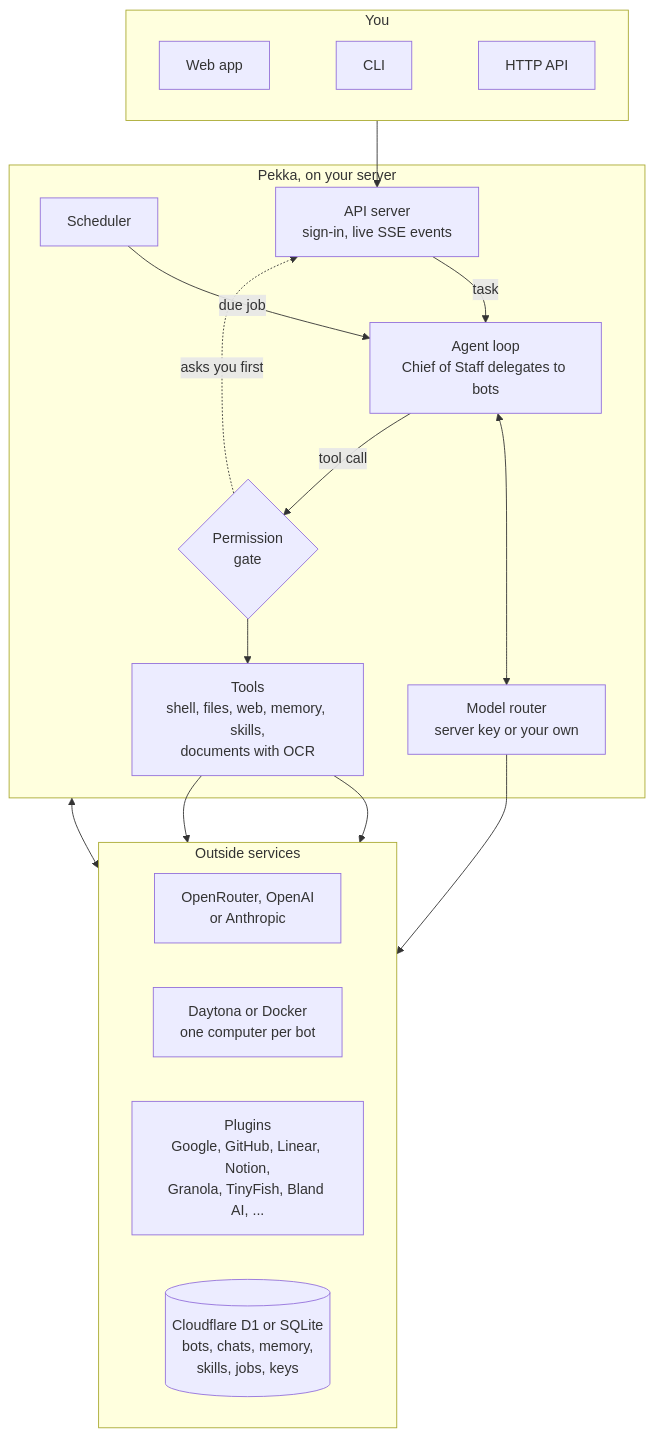
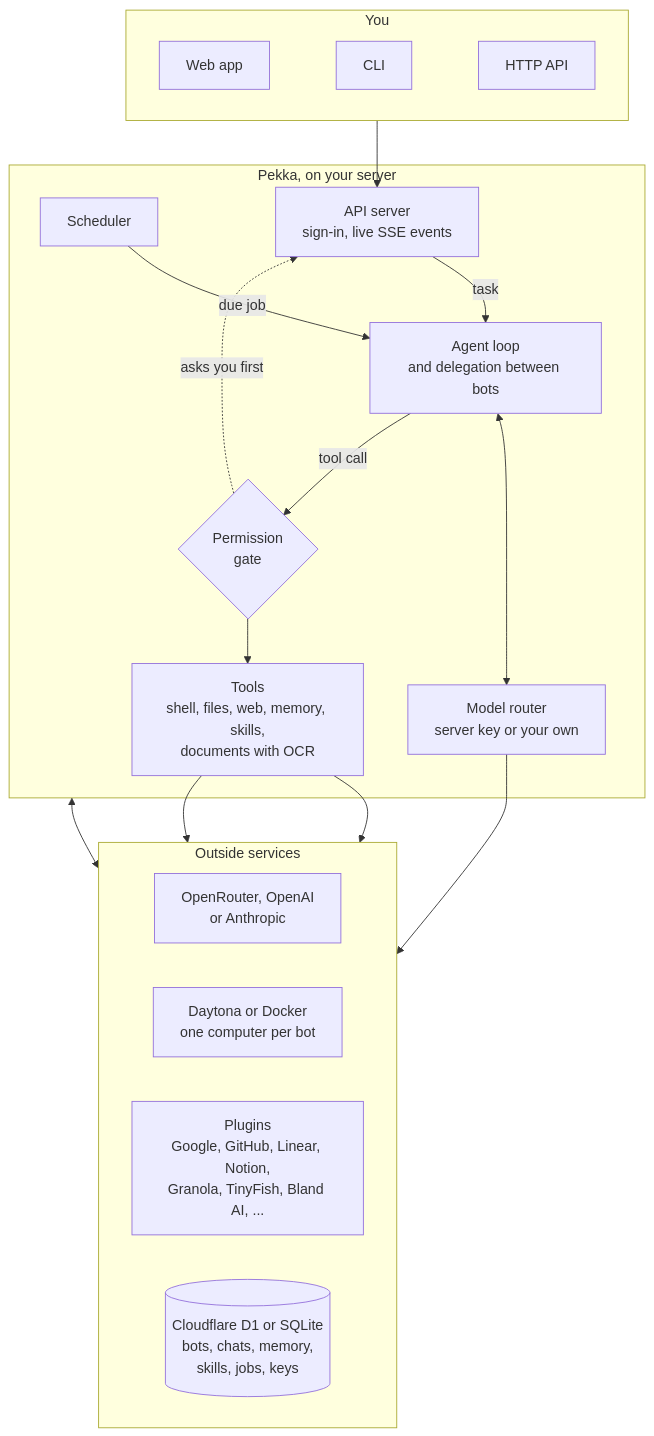
Before and after one commit to sidmanale643/pekka-bot: the diagram in README.md, drawn with Mermaid. The commit also changed other lines of this file, not shown here.

````diff
--- a/README.md
+++ b/README.md
@@ -68,36 +66,36 @@
 ```mermaid
 flowchart TB
   subgraph You
     direction LR
     W[Web app] ~~~ C[CLI] ~~~ H[HTTP API]
   end
 
   subgraph Pekka["Pekka, on your server"]
     S[Scheduler]
     A[API server<br/>sign-in, live SSE events]
-    L[Agent loop<br/>Chief of Staff delegates to bots]
+    L[Agent loop<br/>and delegation between bots]
     M[Model router<br/>server key or your own]
     G{Permission<br/>gate}
     T[Tools<br/>shell, files, web, memory, skills,<br/>documents with OCR]
   end
 
   subgraph Services["Outside services"]
     direction LR
     LLM[OpenRouter, OpenAI<br/>or Anthropic]
     DT[Daytona or Docker<br/>one computer per bot]
     PL[Plugins<br/>Google, GitHub, Linear, Notion,<br/>Granola, TinyFish, Bland AI, ...]
     DB[(Cloudflare D1 or SQLite<br/>bots, chats, memory,<br/>skills, jobs, keys)]
   end
 
   You --> A
   S -- due job --> L
   A -- task --> L
   L <--> M
   L -- tool call --> G
   G -. asks you first .-> A
   G --> T
   M --> LLM
   T --> DT
   T --> PL
   Pekka <--> DB
 ```
````
